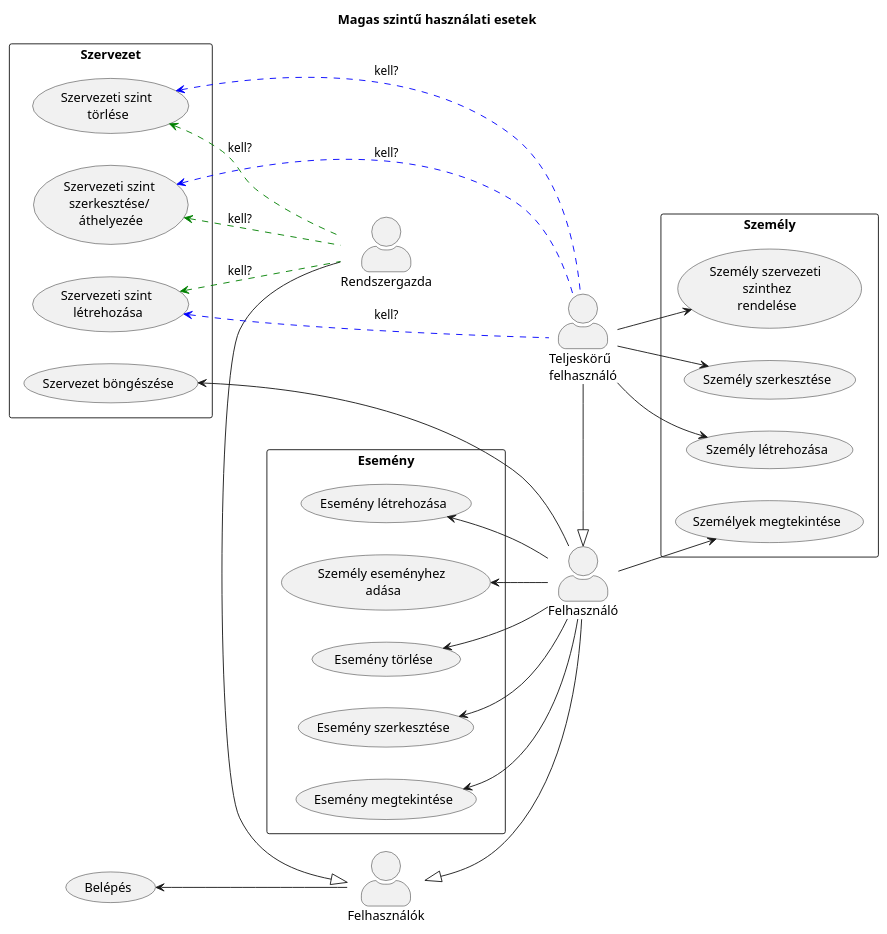
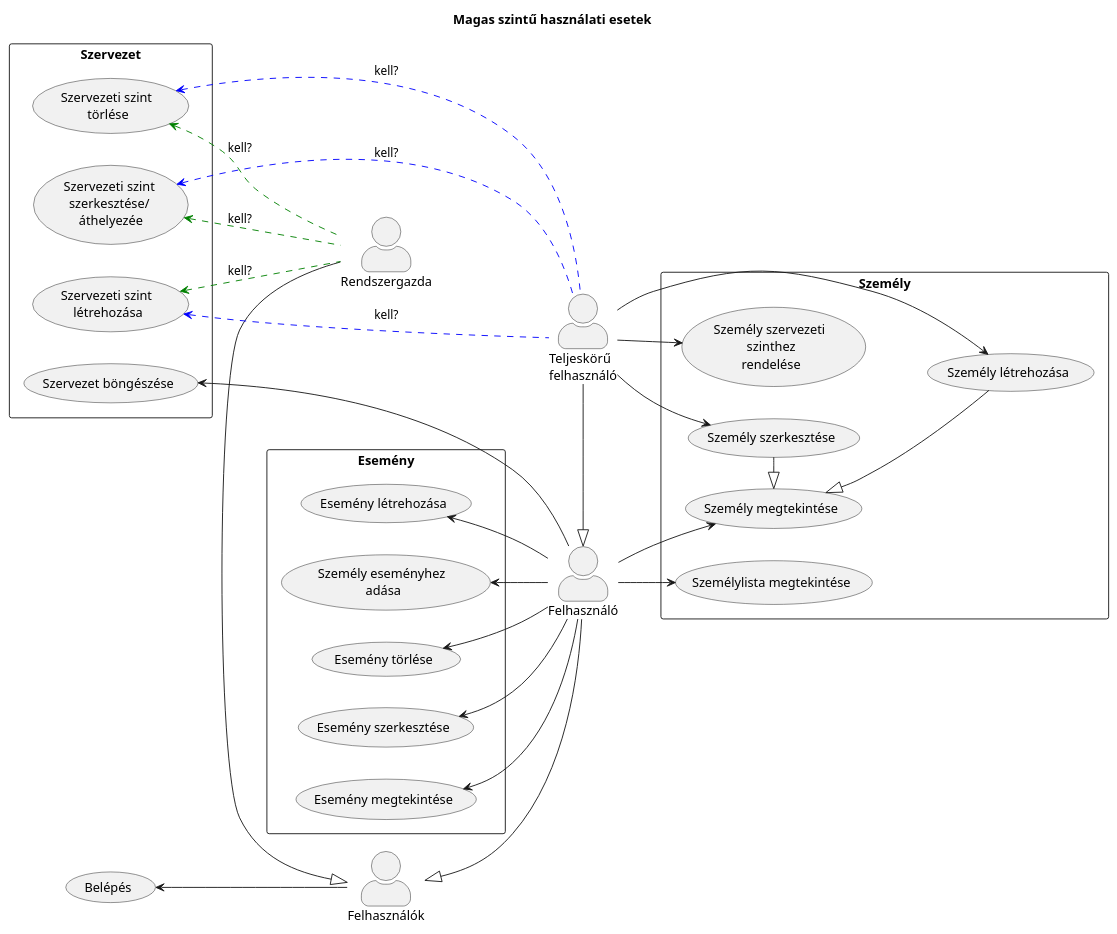
One commit to Vibenk/LilaElefant changed the diagram in Használati_esetek_HL.puml. Above: the diagram before and after it, drawn with PlantUML. The commit also changed 2 other files, not shown here.

Commit message:
person seq update

```diff
--- a/Használati_esetek_HL.puml
+++ b/Használati_esetek_HL.puml
@@ -1,59 +1,64 @@
 @startuml
 
 title Magas szintű használati esetek
 
 skinparam actorStyle awesome
 left to right direction
 
 "Felhasználók" as Users
 "Teljeskörű \nfelhasználó" as SuperUser
 "Felhasználó" as User
 "Rendszergazda" as Admin
 
 (Belépés) as Login
 rectangle "Szervezet" {
     (Szervezet böngészése) as DisplayHierarchy
     (Szervezeti szint \nlétrehozása) as CreateOrg
     (Szervezeti szint \nszerkesztése/ \náthelyezée) as EditOrg
     (Szervezeti szint \ntörlése) as DeleteOrg
 }
 rectangle "Személy" {
-    (Személyek megtekintése) as DisplayPeople
+    (Személylista megtekintése) as DisplayPeople
+    (Személy megtekintése) as DisplayPerson
     (Személy szerkesztése) as EditPerson
     (Személy létrehozása) as CreatePerson
     (Személy szervezeti \n szinthez \nrendelése) as AssignPerson
 }
 rectangle "Esemény" {
     (Esemény létrehozása) as CreateEvent
     (Esemény szerkesztése) as EditEvent
     (Esemény törlése) as DeleteEvent
     (Esemény megtekintése) as DisplayEvent
     (Személy eseményhez \nadása) as AssignPersonEvent
 }
+
+EditPerson -|> DisplayPerson
+CreatePerson -up-|> DisplayPerson
 
 Users -up-> Login
     Admin -|> Users
     SuperUser -right-|> User
     User -up-|> Users
 
 
 User -left-> DisplayHierarchy
 SuperUser -left-> CreateOrg #blue;line.dashed : kell?
 SuperUser -left-> EditOrg #blue;line.dashed : kell?
 SuperUser -left-> DeleteOrg #blue;line.dashed : kell?
 Admin -up-> CreateOrg #green;line.dashed : kell?
 Admin -up-> EditOrg #green;line.dashed : kell?
 Admin -up-> DeleteOrg #green;line.dashed : kell?
 
 SuperUser -down-> EditPerson
 SuperUser -down-> CreatePerson
 SuperUser -down-> AssignPerson
 User --> DisplayPeople
+User --> DisplayPerson
 
 User -up-> CreateEvent
 User -up-> DisplayEvent
 User -up-> EditEvent
 User -up-> DeleteEvent
 User -up-> AssignPersonEvent
 
 @enduml
```
